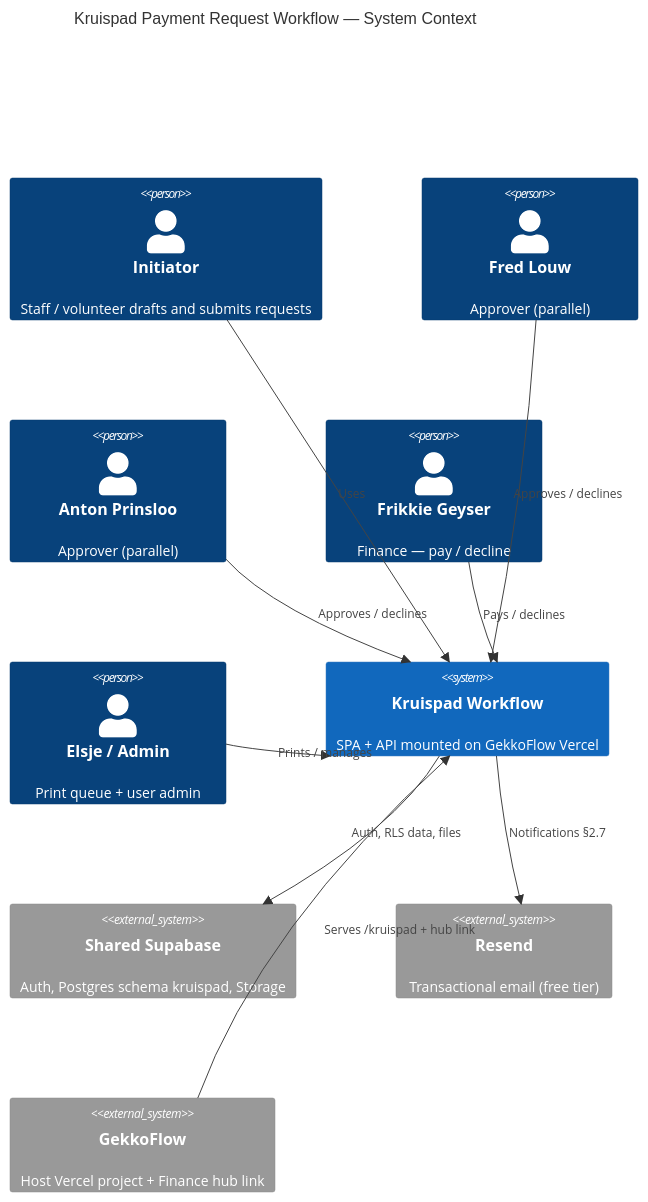
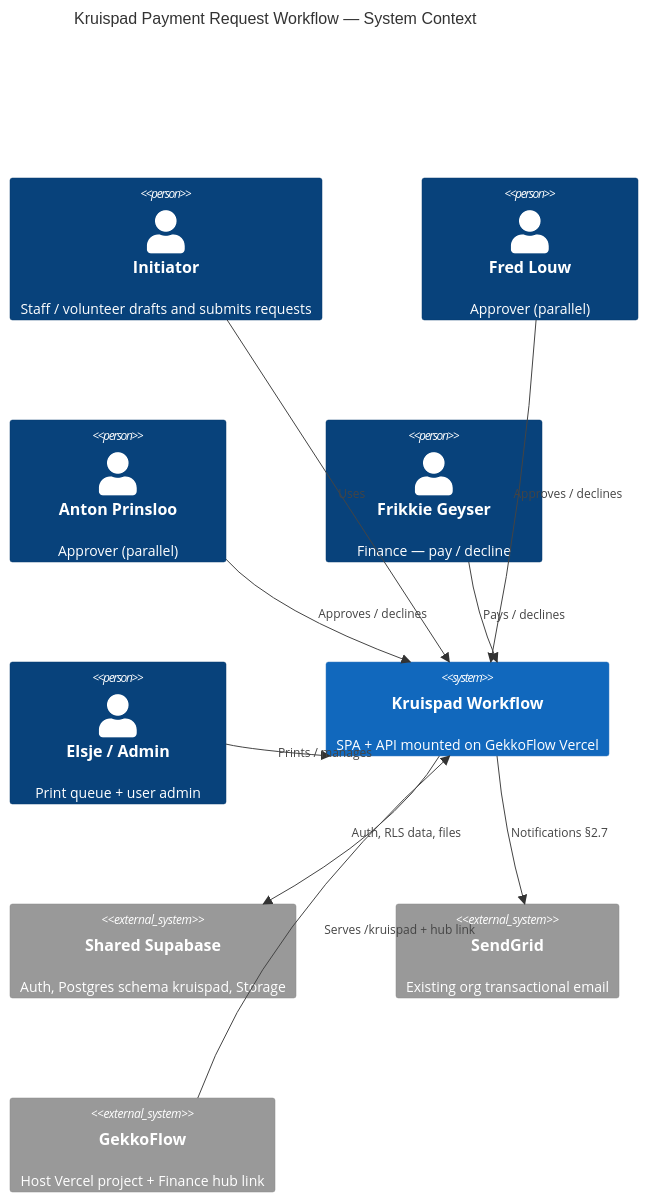
The first of 3 diagrams in docs/architecture/ARCHITECTURE.md (EswanHoll/Kruispad), drawn with Mermaid before and after one commit. The commit also changed other lines of this file and 19 other files, not shown here.

First line of the commit message:
GST-459 go-live: SendGrid, invite-only, notify auth, harden migrations (#3)

````diff
--- a/docs/architecture/ARCHITECTURE.md
+++ b/docs/architecture/ARCHITECTURE.md
@@ -34,21 +34,21 @@
 ```mermaid
 C4Context
     title Kruispad Payment Request Workflow — System Context
     Person(initiator, "Initiator", "Staff / volunteer drafts and submits requests")
     Person(fred, "Fred Louw", "Approver (parallel)")
     Person(anton, "Anton Prinsloo", "Approver (parallel)")
     Person(finance, "Frikkie Geyser", "Finance — pay / decline")
     Person(admin, "Elsje / Admin", "Print queue + user admin")
     System(app, "Kruispad Workflow", "SPA + API mounted on GekkoFlow Vercel")
     System_Ext(supabase, "Shared Supabase", "Auth, Postgres schema kruispad, Storage")
-    System_Ext(resend, "Resend", "Transactional email (free tier)")
+    System_Ext(sendgrid, "SendGrid", "Existing org transactional email")
     System_Ext(gekkoflow, "GekkoFlow", "Host Vercel project + Finance hub link")
     Rel(initiator, app, "Uses")
     Rel(fred, app, "Approves / declines")
     Rel(anton, app, "Approves / declines")
     Rel(finance, app, "Pays / declines")
     Rel(admin, app, "Prints / manages")
     Rel(app, supabase, "Auth, RLS data, files")
-    Rel(app, resend, "Notifications §2.7")
+    Rel(app, sendgrid, "Notifications §2.7")
     Rel(gekkoflow, app, "Serves /kruispad + hub link")
 ```
````
